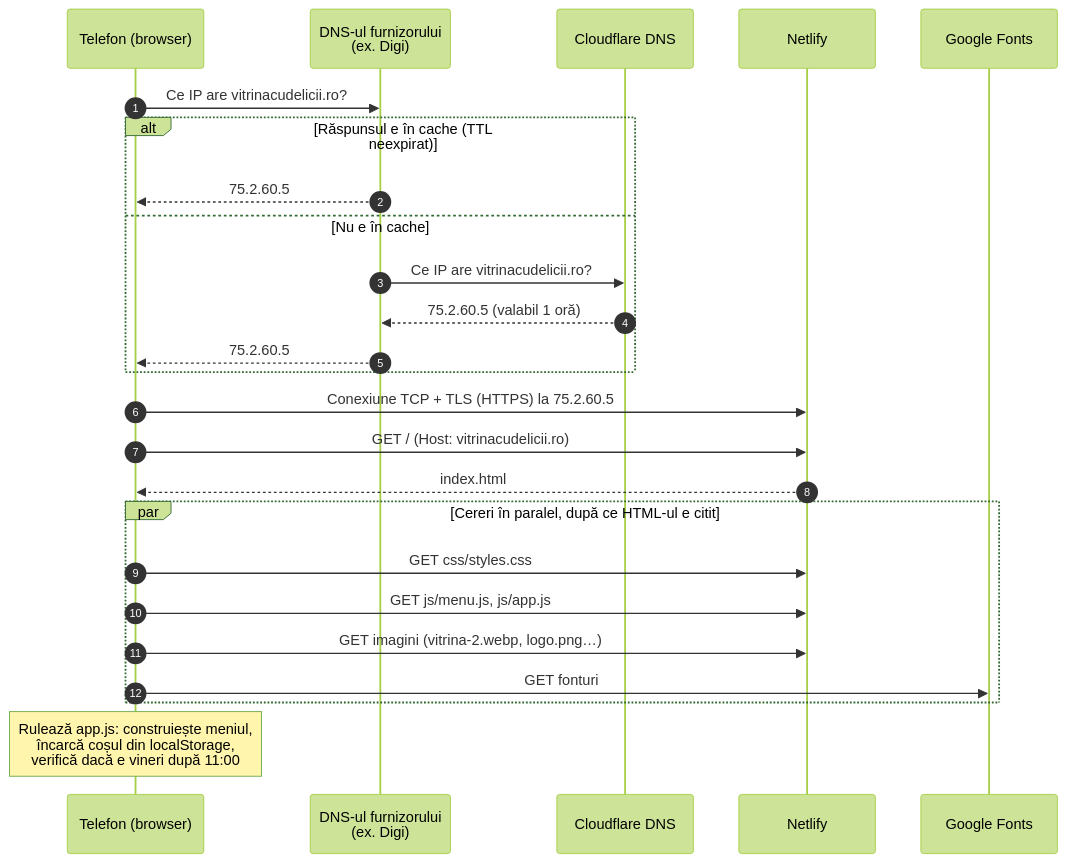
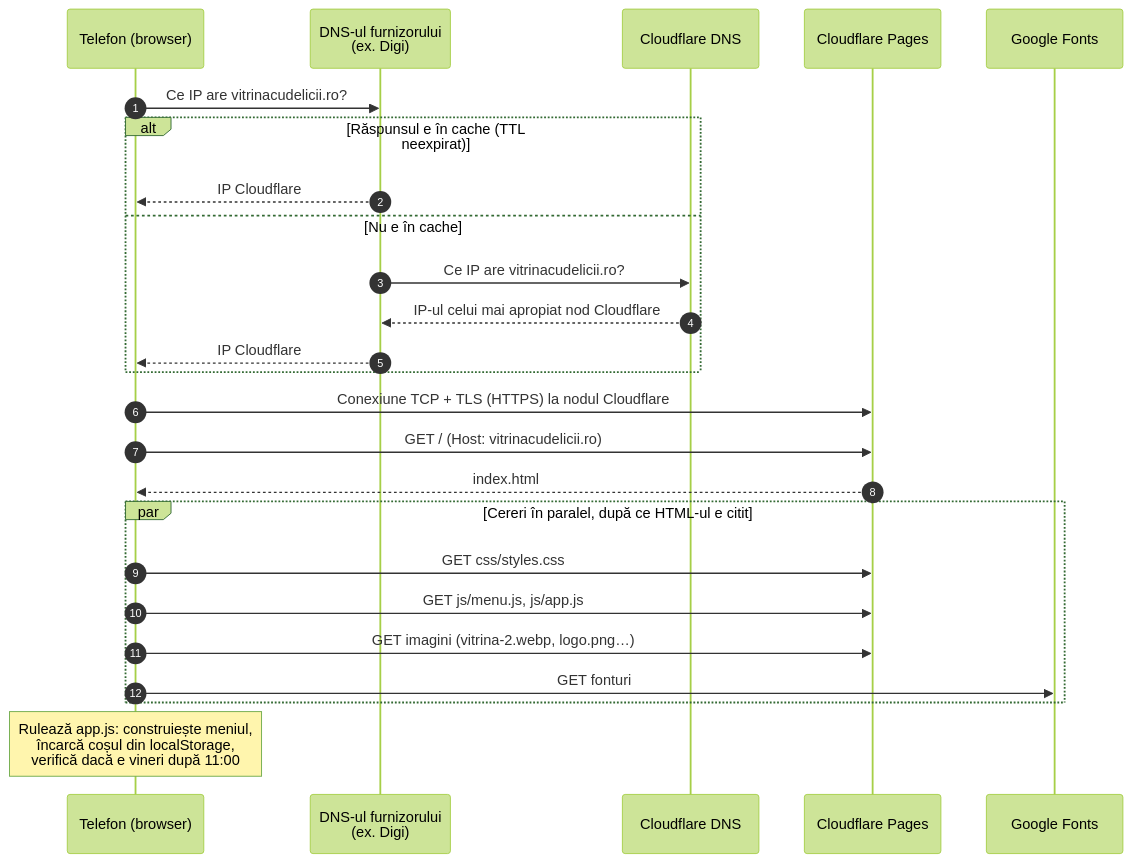
The second of 9 diagrams in docs/arhitectura.md (rosuflaviusalin/vitrina_cu_delicii), drawn with Mermaid (forest theme) before and after one commit. The commit also changed other lines of this file and 3 other files, not shown here.

First line of the commit message:
Move hosting to Cloudflare Pages: 404 page, robots and docs

````diff
--- a/docs/arhitectura.md
+++ b/docs/arhitectura.md
@@ -86,28 +87,28 @@
 ```mermaid
 sequenceDiagram
     autonumber
     participant T as Telefon (browser)
     participant R as DNS-ul furnizorului<br/>(ex. Digi)
     participant CF as Cloudflare DNS
-    participant N as Netlify
+    participant N as Cloudflare Pages
     participant G as Google Fonts
 
     T->>R: Ce IP are vitrinacudelicii.ro?
     alt Răspunsul e în cache (TTL neexpirat)
-        R-->>T: 75.2.60.5
+        R-->>T: IP Cloudflare
     else Nu e în cache
         R->>CF: Ce IP are vitrinacudelicii.ro?
-        CF-->>R: 75.2.60.5 (valabil 1 oră)
-        R-->>T: 75.2.60.5
+        CF-->>R: IP-ul celui mai apropiat nod Cloudflare
+        R-->>T: IP Cloudflare
     end
-    T->>N: Conexiune TCP + TLS (HTTPS) la 75.2.60.5
+    T->>N: Conexiune TCP + TLS (HTTPS) la nodul Cloudflare
     T->>N: GET / (Host: vitrinacudelicii.ro)
     N-->>T: index.html
     par Cereri în paralel, după ce HTML-ul e citit
         T->>N: GET css/styles.css
         T->>N: GET js/menu.js, js/app.js
         T->>N: GET imagini (vitrina-2.webp, logo.png…)
         T->>G: GET fonturi
     end
     Note over T: Rulează app.js: construiește meniul,<br/>încarcă coșul din localStorage,<br/>verifică dacă e vineri după 11:00
 ```
````
